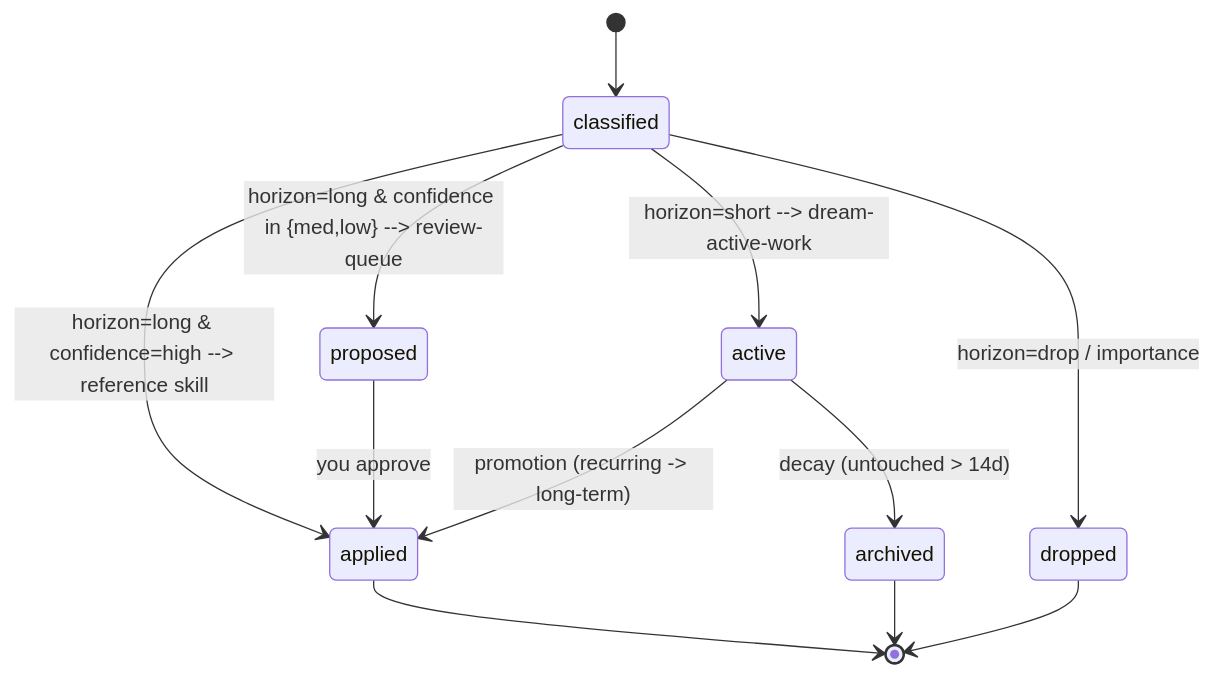
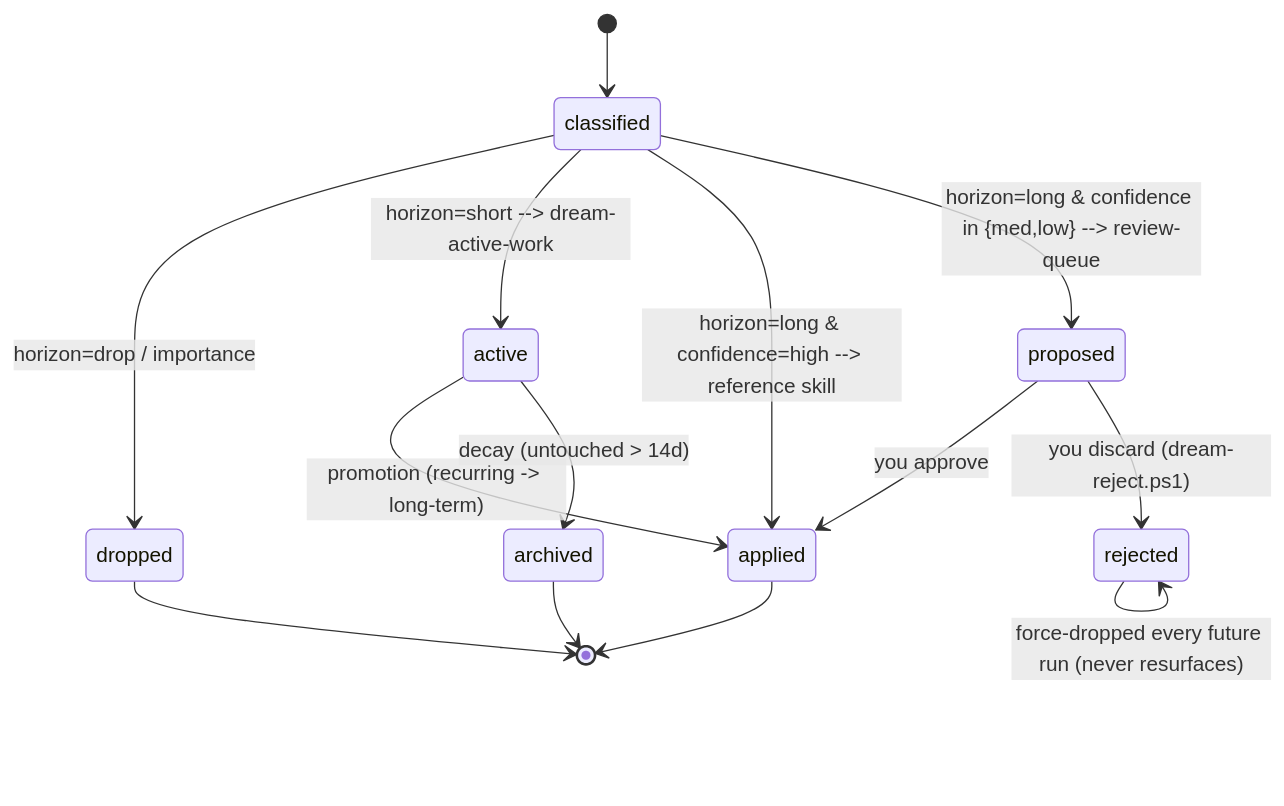
The diagram in docs/02-data-model.md (bhanuprakash-1/copilot-dream), drawn with Mermaid before and after one commit. The commit also changed other lines of this file and 5 other files, not shown here.

````diff
--- a/docs/02-data-model.md
+++ b/docs/02-data-model.md
@@ -90,14 +90,16 @@
 ```mermaid
 stateDiagram-v2
     [*] --> classified
     classified --> dropped: horizon=drop / importance<floor / off-domain noise
     classified --> active: horizon=short --> dream-active-work
     classified --> applied: horizon=long & confidence=high --> reference skill
     classified --> proposed: horizon=long & confidence in {med,low} --> review-queue
     proposed --> applied: you approve
+    proposed --> rejected: you discard (dream-reject.ps1)
     active --> applied: promotion (recurring -> long-term)
     active --> archived: decay (untouched > 14d)
+    rejected --> rejected: force-dropped every future run (never resurfaces)
     applied --> [*]
     archived --> [*]
     dropped --> [*]
 ```
````
